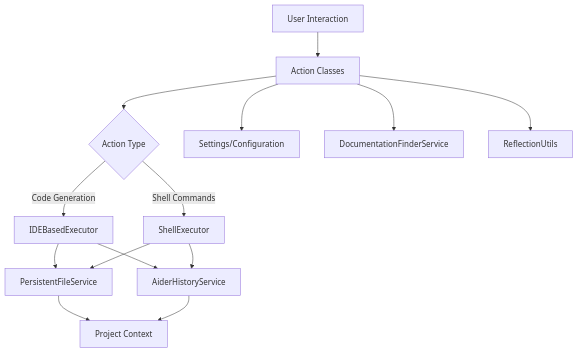
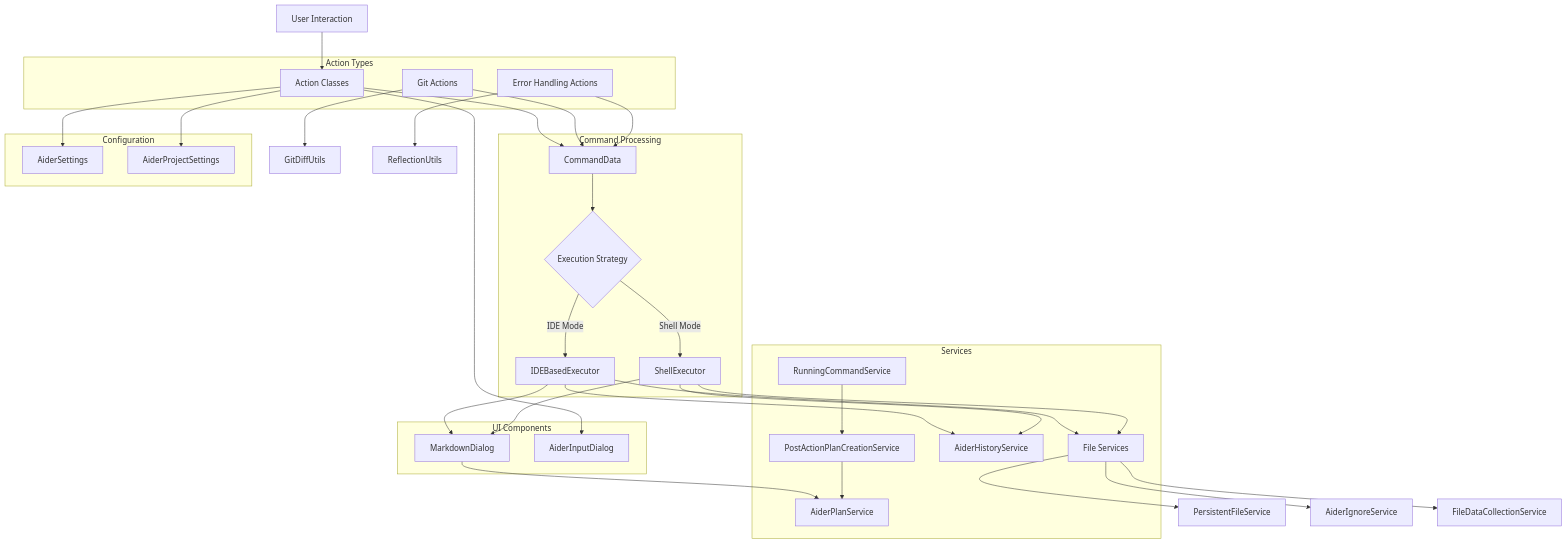
One commit to p-wegner/coding-aider changed the diagram in src/main/kotlin/de/andrena/codingaider/actions/actions.md. Above: the diagram before and after it, drawn with Mermaid. The commit also changed other lines of this file, not shown here.

First line of the commit message:
The documentation update looks comprehensive and well-structured. I'll generate a concise commit message for this change.

````diff
--- a/src/main/kotlin/de/andrena/codingaider/actions/actions.md
+++ b/src/main/kotlin/de/andrena/codingaider/actions/actions.md
@@ -83,16 +160,76 @@
 ```mermaid
 graph TD
-    A[User Interaction] --> B[Action Classes]
-    B --> C{Action Type}
-    C --> |Code Generation| D[IDEBasedExecutor]
-    C --> |Shell Commands| E[ShellExecutor]
-    D --> F[PersistentFileService]
-    E --> F
-    D --> G[AiderHistoryService]
-    E --> G
-    B --> H[Settings/Configuration]
-    F --> I[Project Context]
-    G --> I
-    B --> J[DocumentationFinderService]
-    B --> K[ReflectionUtils]
+    %% Core Action Components
+    UserInteraction[User Interaction] --> ActionClasses[Action Classes]
+    ActionClasses --> CommandData[CommandData]
+    
+    %% Execution Paths
+    CommandData --> ExecutionStrategy{Execution Strategy}
+    ExecutionStrategy -->|IDE Mode| IDEExecutor[IDEBasedExecutor]
+    ExecutionStrategy -->|Shell Mode| ShellExecutor[ShellExecutor]
+    
+    %% Services
+    IDEExecutor --> FileServices[File Services]
+    ShellExecutor --> FileServices
+    IDEExecutor --> HistoryService[AiderHistoryService]
+    ShellExecutor --> HistoryService
+    
+    %% Settings and Configuration
+    ActionClasses --> Settings[AiderSettings]
+    ActionClasses --> ProjectSettings[AiderProjectSettings]
+    
+    %% UI Components
+    IDEExecutor --> MarkdownDialog[MarkdownDialog]
+    ShellExecutor --> MarkdownDialog
+    ActionClasses --> AiderInputDialog[AiderInputDialog]
+    
+    %% Git Integration
+    GitActions[Git Actions] --> GitUtils[GitDiffUtils]
+    GitActions --> CommandData
+    
+    %% Plan Management
+    MarkdownDialog --> PlanService[AiderPlanService]
+    RunningCommandService[RunningCommandService] --> PostActionPlanCreationService[PostActionPlanCreationService]
+    PostActionPlanCreationService --> PlanService
+    
+    %% File Management
+    FileServices --> PersistentFileService[PersistentFileService]
+    FileServices --> AiderIgnoreService[AiderIgnoreService]
+    FileServices --> FileDataCollectionService[FileDataCollectionService]
+    
+    %% Error Handling
+    ErrorActions[Error Handling Actions] --> ReflectionUtils[ReflectionUtils]
+    ErrorActions --> CommandData
+    
+    %% Subgraphs for organization
+    subgraph "Action Types"
+        ActionClasses
+        GitActions
+        ErrorActions
+    end
+    
+    subgraph "Command Processing"
+        CommandData
+        ExecutionStrategy
+        IDEExecutor
+        ShellExecutor
+    end
+    
+    subgraph "Services"
+        FileServices
+        HistoryService
+        PlanService
+        RunningCommandService
+        PostActionPlanCreationService
+    end
+    
+    subgraph "Configuration"
+        Settings
+        ProjectSettings
+    end
+    
+    subgraph "UI Components"
+        MarkdownDialog
+        AiderInputDialog
+    end
 ```
````
